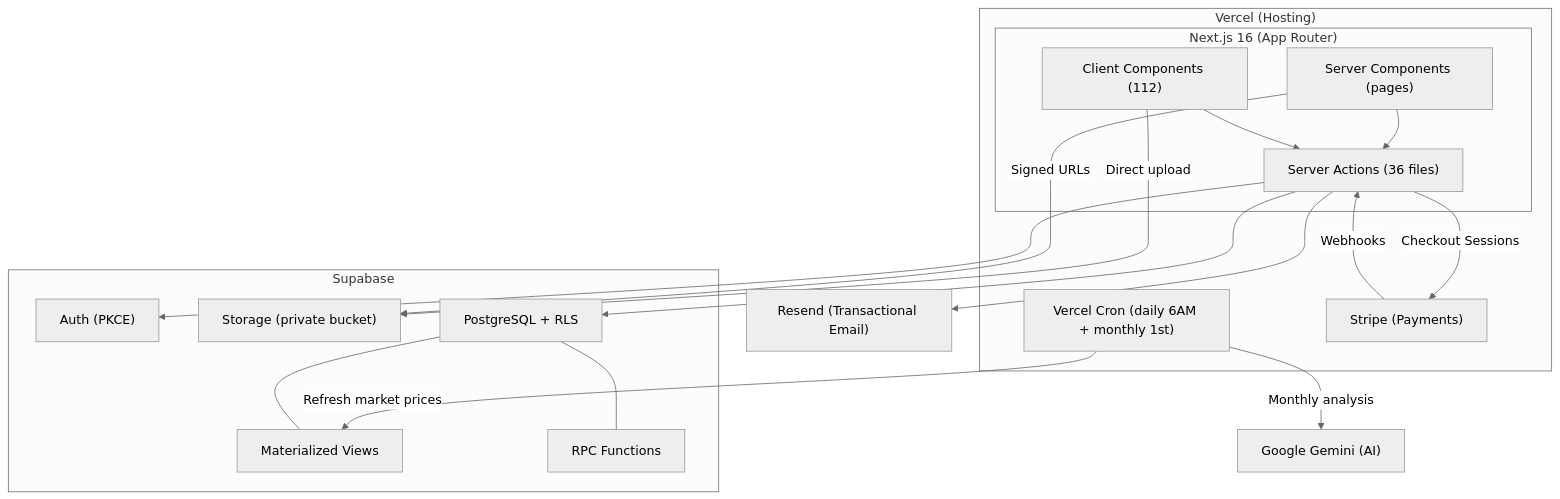
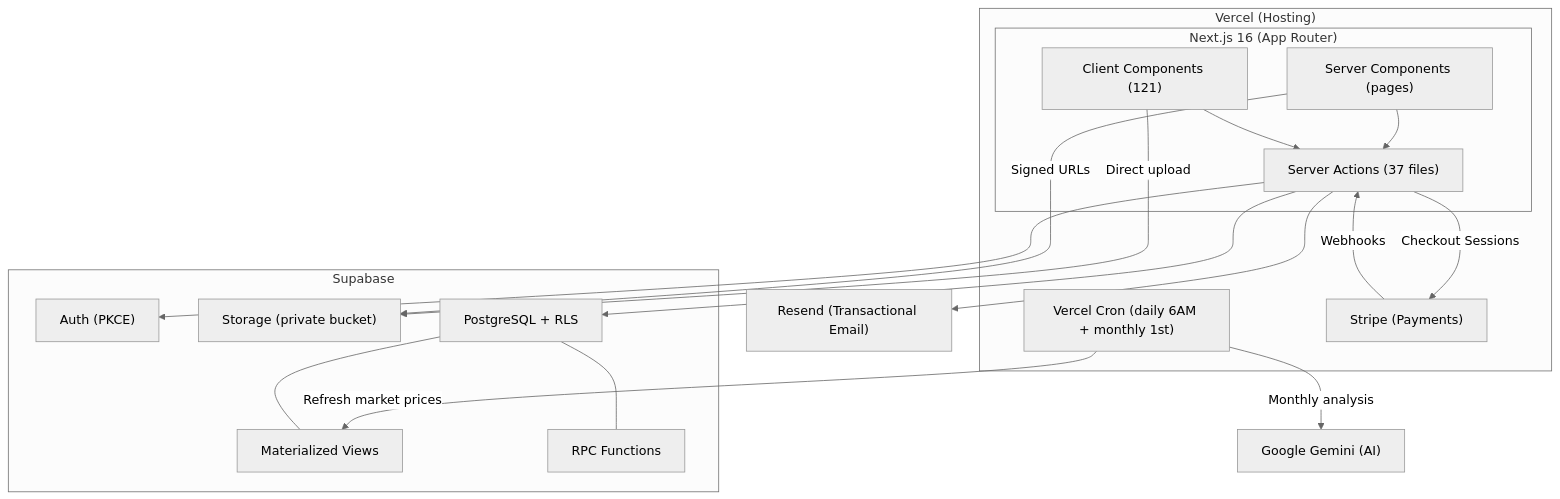
The diagram in docs/architecture/overview.md (smount92/ProjectEquiscape), drawn with Mermaid (neutral theme) before and after one commit. The commit also changed other lines of this file and 7 other files, not shown here.

````diff
--- a/docs/architecture/overview.md
+++ b/docs/architecture/overview.md
@@ -5,38 +5,38 @@
 ```mermaid
 graph TD
     subgraph Vercel["Vercel (Hosting)"]
         subgraph Next["Next.js 16 (App Router)"]
             SC["Server Components (pages)"]
-            CC["Client Components (112)"]
-            SA["Server Actions (36 files)"]
+            CC["Client Components (121)"]
+            SA["Server Actions (37 files)"]
         end
         Cron["Vercel Cron (daily 6AM + monthly 1st)"]
         Stripe["Stripe (Payments)"]
     end
 
     subgraph Supabase["Supabase"]
         Auth["Auth (PKCE)"]
         Storage["Storage (private bucket)"]
         DB["PostgreSQL + RLS"]
         MV["Materialized Views"]
         RPC["RPC Functions"]
     end
 
     Email["Resend (Transactional Email)"]
     Gemini["Google Gemini (AI)"]
 
     SA -->|"Checkout Sessions"| Stripe
     Stripe -->|"Webhooks"| SA
     Cron -->|"Monthly analysis"| Gemini
 
     SC --> SA
     CC --> SA
     SA --> DB
     SA --> Email
     CC -->|"Direct upload"| Storage
     SC -->|"Signed URLs"| Storage
     Cron -->|"Refresh market prices"| MV
     SA --> Auth
     DB --- MV
     DB --- RPC
 ```
````
